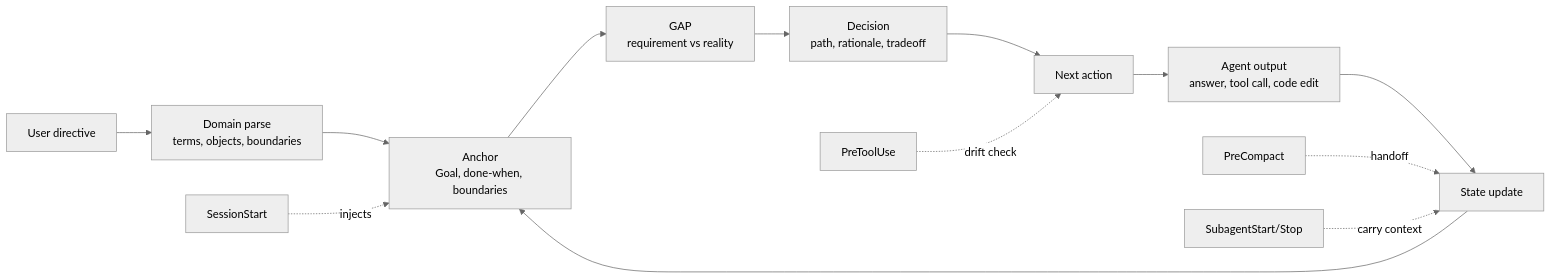
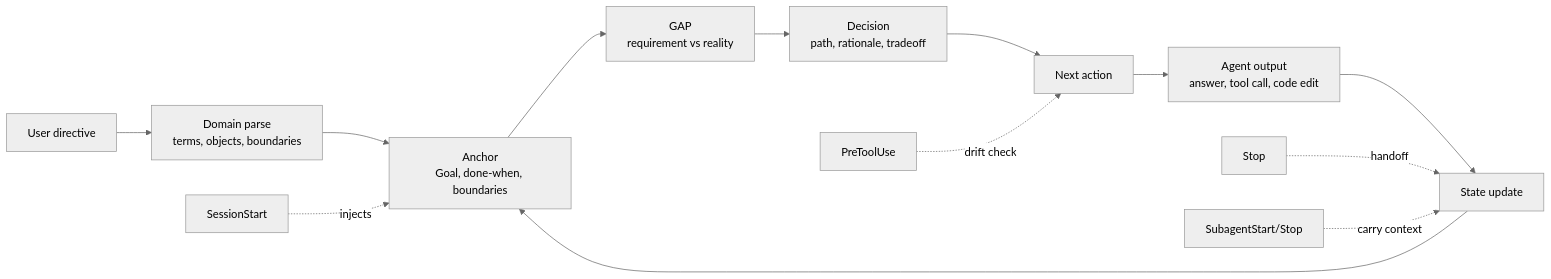
Before and after one commit to tianjon/lodestar: the diagram in README.md, drawn with Mermaid (neutral theme). The commit also changed other lines of this file and 33 other files, not shown here.

````diff
--- a/README.md
+++ b/README.md
@@ -87,16 +87,16 @@
 ```mermaid
 flowchart LR
   A["User directive"] --> B["Domain parse<br/>terms, objects, boundaries"]
   B --> C["Anchor<br/>Goal, done-when, boundaries"]
   C --> D["GAP<br/>requirement vs reality"]
   D --> E["Decision<br/>path, rationale, tradeoff"]
   E --> F["Next action"]
   F --> G["Agent output<br/>answer, tool call, code edit"]
   G --> H["State update"]
   H --> C
 
   S["SessionStart"] -. injects .-> C
   T["PreToolUse"] -. drift check .-> F
-  P["PreCompact"] -. handoff .-> H
+  P["Stop"] -. handoff .-> H
   U["SubagentStart/Stop"] -. carry context .-> H
 ```
````
